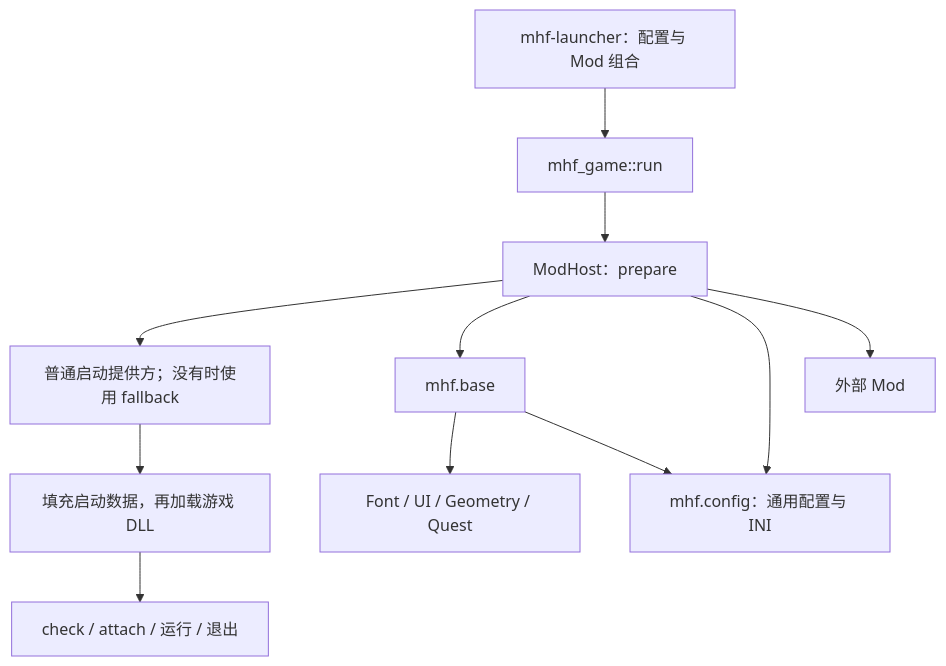
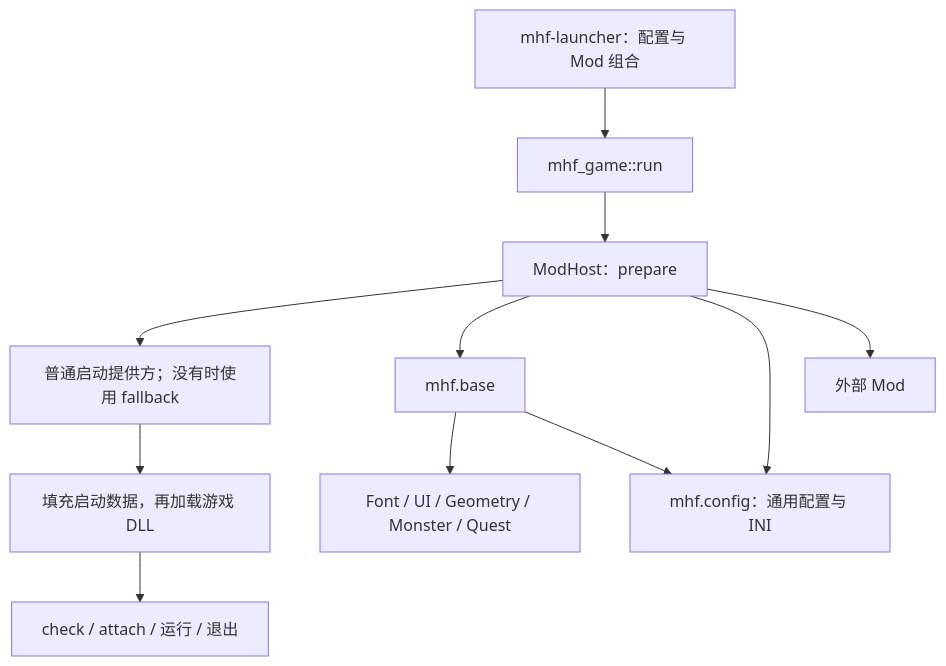
Before and after one commit to super-wzk/shrimpman: the diagram in mhf/docs/mod-system.md, drawn with Mermaid. The commit also changed other lines of this file and 97 other files, not shown here.

````diff
--- a/mhf/docs/mod-system.md
+++ b/mhf/docs/mod-system.md
@@ -40,13 +40,13 @@
 ```mermaid
 flowchart TD
     A[mhf-launcher：配置与 Mod 组合] --> G[mhf_game::run]
     G --> H[ModHost：prepare]
     H --> L[普通启动提供方；没有时使用 fallback]
     L --> N[填充启动数据，再加载游戏 DLL]
     N --> R[check / attach / 运行 / 退出]
     H --> B[mhf.base]
-    B --> C[Font / UI / Geometry / Quest]
+    B --> C[Font / UI / Geometry / Monster / Quest]
     H --> F[mhf.config：通用配置与 INI]
     B --> F
     H --> Q[外部 Mod]
 ```
````
